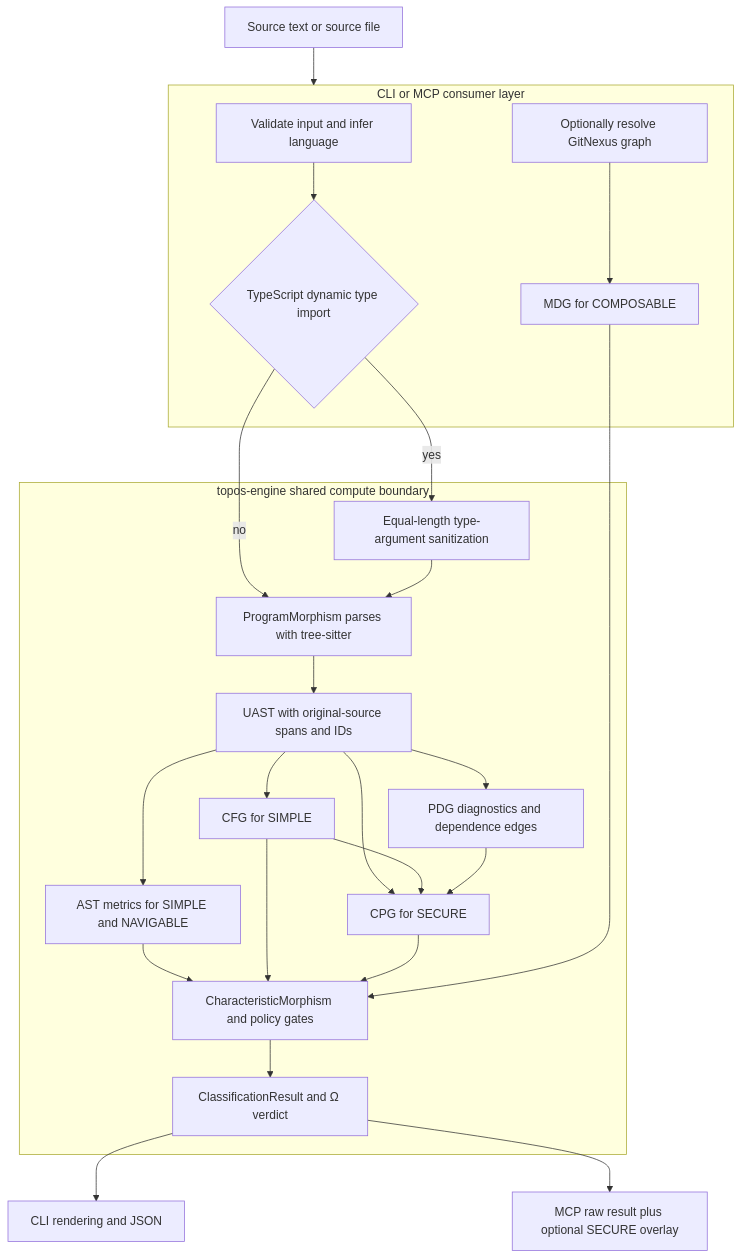
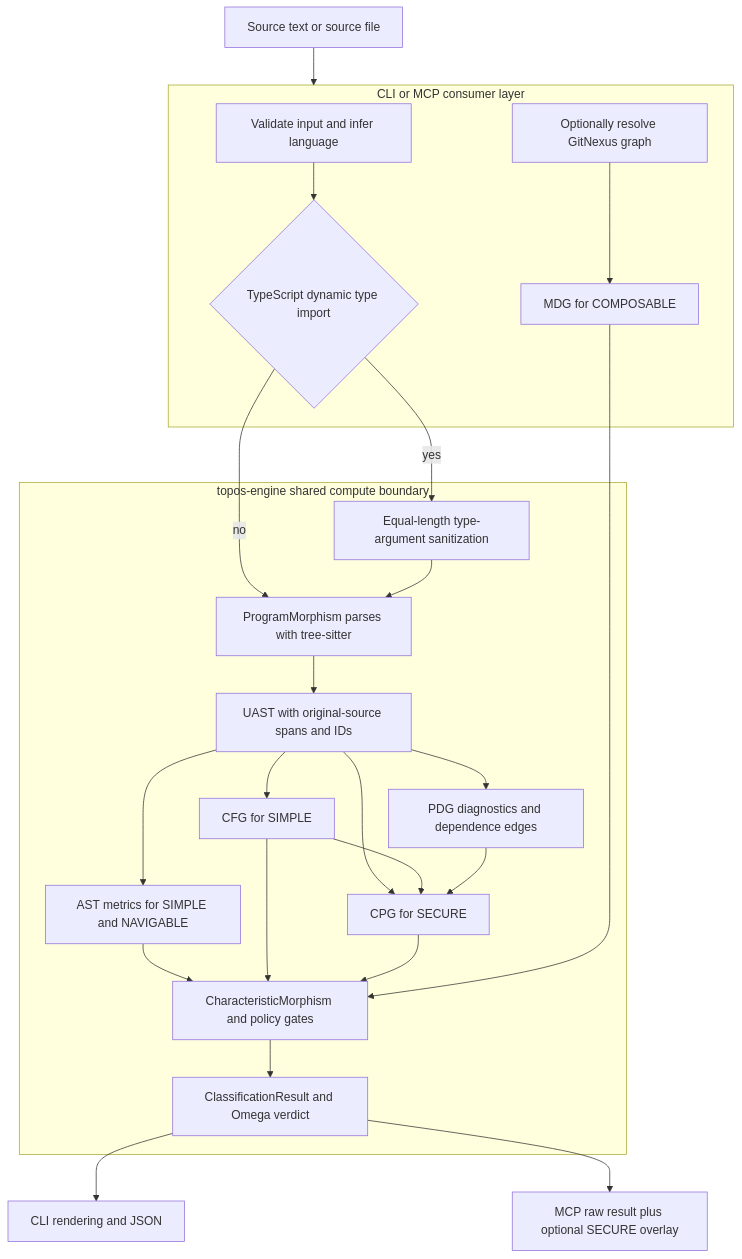
The second of 3 diagrams in openwiki/architecture/overview.md (Krv-Labs/topos), drawn with Mermaid before and after one commit. The commit also changed other lines of this file and 14 other files, not shown here.

````diff
--- a/openwiki/architecture/overview.md
+++ b/openwiki/architecture/overview.md
@@ -105,30 +105,30 @@
 ```mermaid
 flowchart TD
     Source["Source text or source file"] --> Consumer
     subgraph Consumer["CLI or MCP consumer layer"]
         Input["Validate input and infer language"]
         GraphState["Optionally resolve GitNexus graph"]
         Input --> ParseInput
         GraphState --> Attach
     end
     subgraph Engine["topos-engine shared compute boundary"]
         ParseInput{"TypeScript dynamic type import"}
         ParseInput -->|yes| Sanitize["Equal-length type-argument sanitization"]
         ParseInput -->|no| Morphism
         Sanitize --> Morphism["ProgramMorphism parses with tree-sitter"]
         Morphism --> UAST["UAST with original-source spans and IDs"]
         UAST --> AstReadings["AST metrics for SIMPLE and NAVIGABLE"]
         UAST --> CFG["CFG for SIMPLE"]
         UAST --> PDG["PDG diagnostics and dependence edges"]
         UAST --> CPG["CPG for SECURE"]
         CFG --> CPG
         PDG --> CPG
         AstReadings --> Classifier
         CFG --> Classifier
         CPG --> Classifier
         Attach["MDG for COMPOSABLE"] --> Classifier["CharacteristicMorphism and policy gates"]
-        Classifier --> Result["ClassificationResult and Ω verdict"]
+        Classifier --> Result["ClassificationResult and Omega verdict"]
     end
     Result --> CLI["CLI rendering and JSON"]
     Result --> MCP["MCP raw result plus optional SECURE overlay"]
 ```
````
